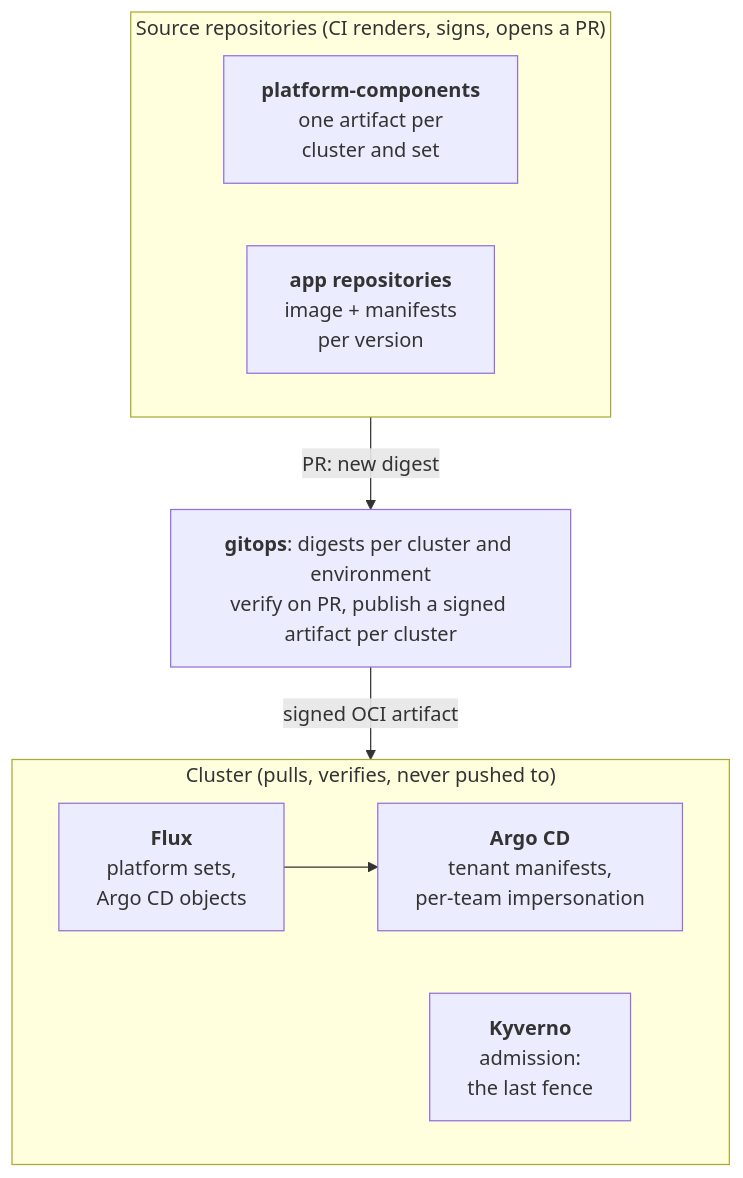
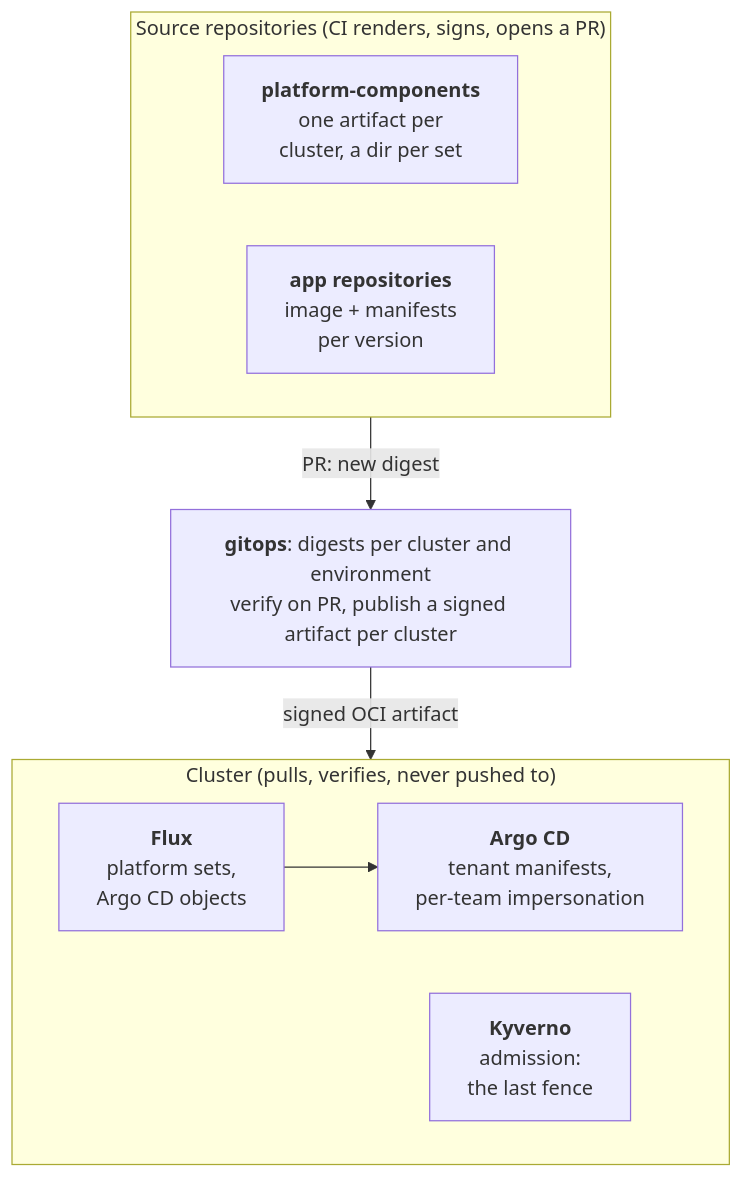
One commit to homelab-selfuryon/meta changed the diagram in gitops-architecture.md. Above: the diagram before and after it, drawn with Mermaid. The commit also changed other lines of this file and 5 other files, not shown here.

Commit message:
docs: one platform artifact per cluster, a directory per set (#22)

````diff
--- a/gitops-architecture.md
+++ b/gitops-architecture.md
@@ -10,26 +10,26 @@
 ```mermaid
 ---
 config:
   flowchart:
     wrappingWidth: 260
 ---
 flowchart TB
     subgraph sources["Source repositories (CI renders, signs, opens a PR)"]
         direction LR
-        pc["<b>platform-components</b><br/>one artifact per<br/>cluster and set"]
+        pc["<b>platform-components</b><br/>one artifact per<br/>cluster, a dir per set"]
         apps["<b>app repositories</b><br/>image + manifests<br/>per version"]
     end
 
     gitops["<b>gitops</b>: digests per cluster and environment<br/>verify on PR, publish a signed artifact per cluster"]
 
     subgraph cluster["Cluster (pulls, verifies, never pushed to)"]
         direction LR
         flux["<b>Flux</b><br/>platform sets,<br/>Argo CD objects"]
         argo["<b>Argo CD</b><br/>tenant manifests,<br/>per-team impersonation"]
         kyverno["<b>Kyverno</b><br/>admission:<br/>the last fence"]
         flux --> argo
     end
 
     sources -->|"PR: new digest"| gitops
     gitops -->|"signed OCI artifact"| cluster
 ```
````
